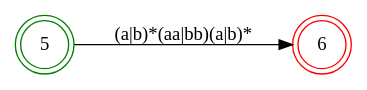
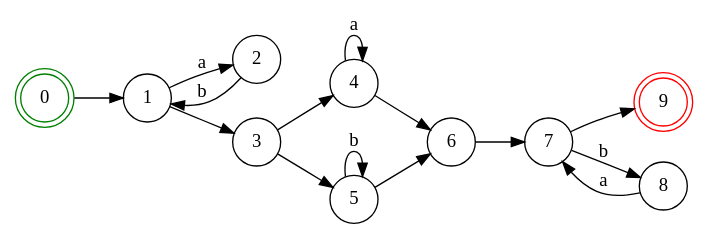
One commit to v012345/lua5.4.4 changed the diagram in scripts/lua/dot/NDF.dot. Above: the diagram before and after it, drawn with Graphviz. The commit also changed 1 other file, not shown here.

```diff
--- a/scripts/lua/dot/NDF.dot
+++ b/scripts/lua/dot/NDF.dot
@@ -1,9 +1,22 @@
 digraph NDF {
     rankdir = LR;
     size = "8,5";
     node [shape = doublecircle;];
-    5 [color = green;];
-    6 [color = red;];
+    0 [color = green;];
+    9 [color = red;];
     node [shape = circle;];
-    5 -> 6 [label = "(a|b)*(aa|bb)(a|b)*";];
+    0 -> 1 [label = "";];
+    1 -> 2 [label = "a";];
+    2 -> 1 [label = "b";];
+    1 -> 3 [label = "";];
+    3 -> 4 [label = "";];
+    3 -> 5 [label = "";];
+    4 -> 4 [label = "a";];
+    4 -> 6 [label = "";];
+    5 -> 5 [label = "b";];
+    5 -> 6 [label = "";];
+    6 -> 7 [label = "";];
+    7 -> 8 [label = "b";];
+    8 -> 7 [label = "a";];
+    7 -> 9 [label = "";];
 }
```
